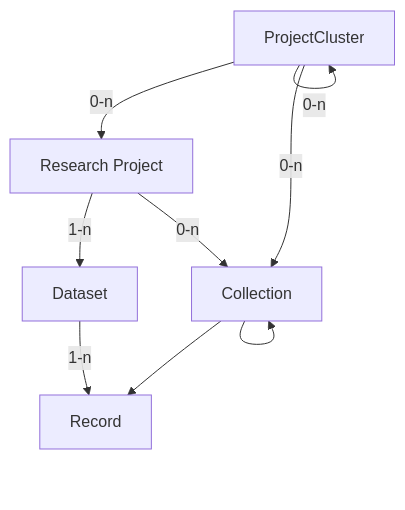
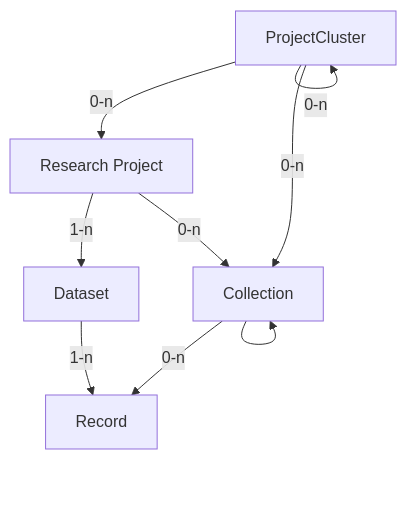
The diagram in docs/data/future-datamodel.md (dasch-swiss/dsp-meta), drawn with Mermaid before and after one commit. The commit also changed other lines of this file, not shown here.

````diff
--- a/docs/data/future-datamodel.md
+++ b/docs/data/future-datamodel.md
@@ -51,12 +48,12 @@
 ```mermaid
 
 flowchart TD
     projectCluster[ProjectCluster] -->|0-n| project[Research Project]
     projectCluster -->|0-n| projectCluster
     project -->|1-n| dataset[Dataset]
     dataset -->|1-n| record[Record]
     project -->|0-n| collection[Collection]
     projectCluster -->|0-n| collection
     collection --> collection
-    collection --> record
+    collection -->|0-n| record
 ```
````
